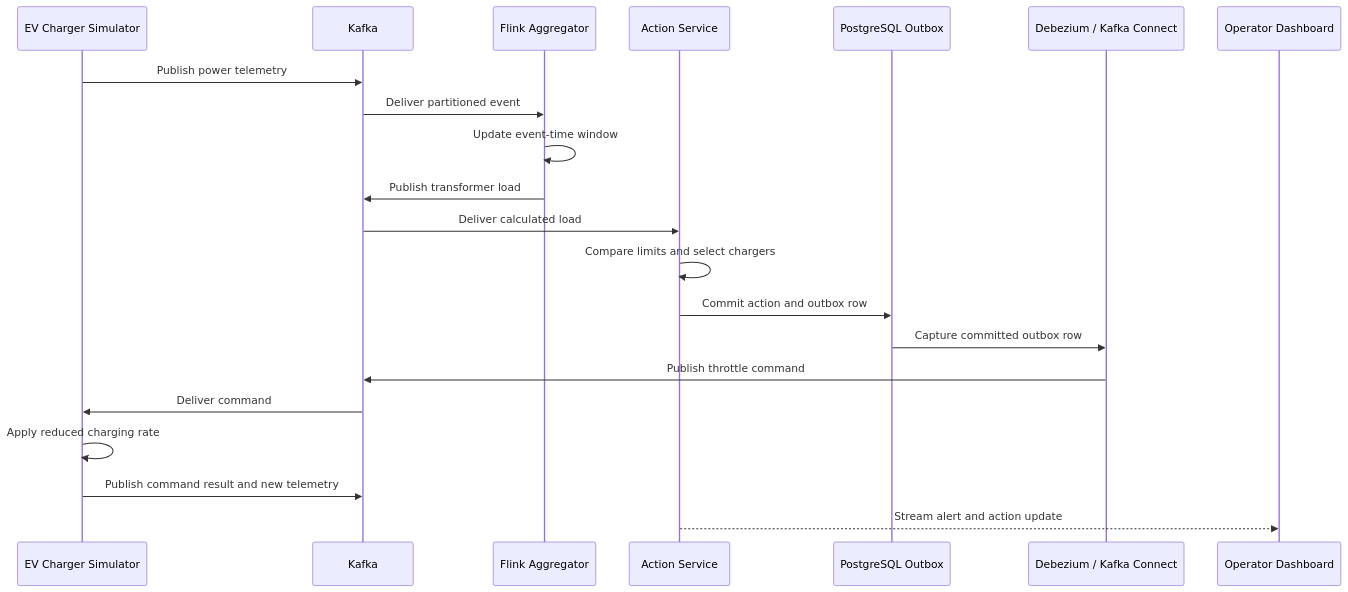
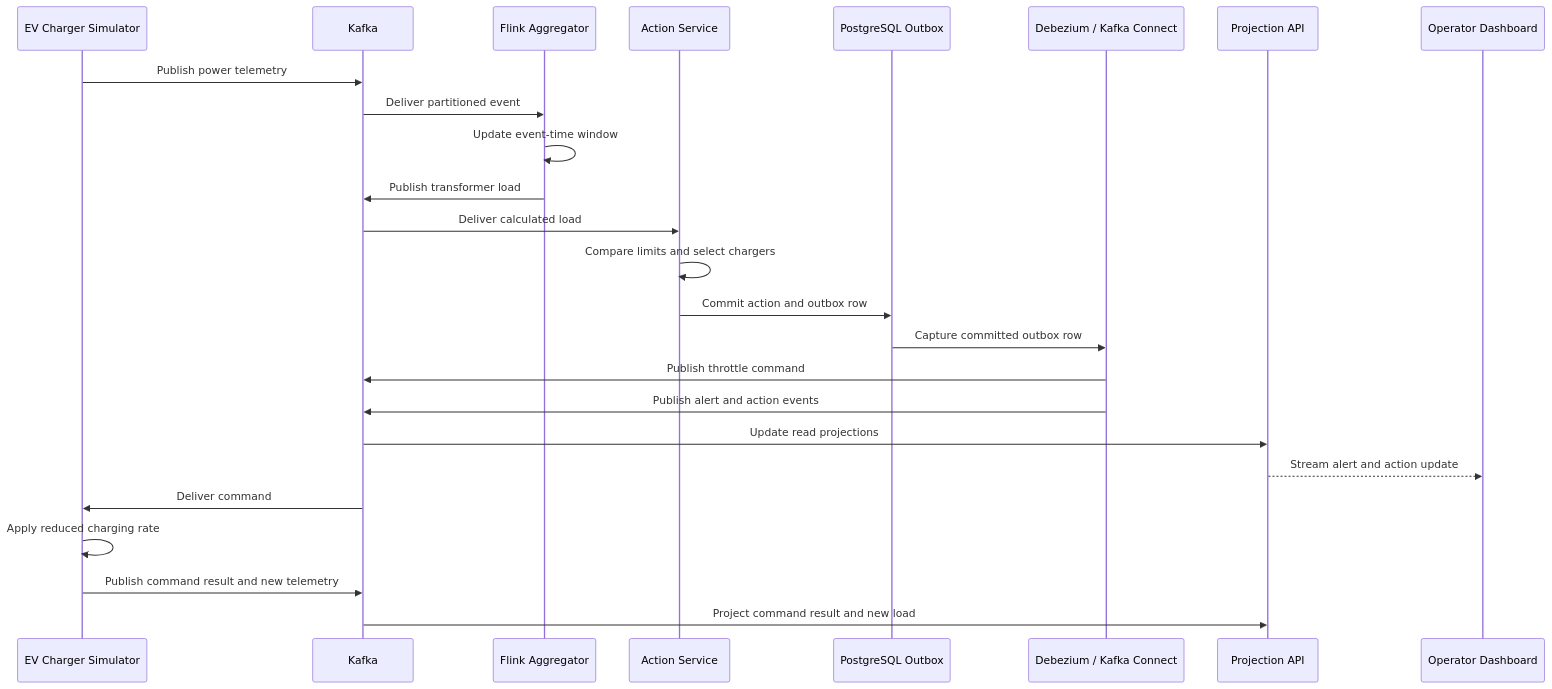
Before and after one commit to snkprdhn/CMPE-273-Group-10-Project: the second of 3 diagrams in README.md, drawn with Mermaid. The commit also changed other lines of this file and 35 other files, not shown here.

````diff
--- a/README.md
+++ b/README.md
@@ -151,24 +152,28 @@
 ```mermaid
 sequenceDiagram
     participant Device as EV Charger Simulator
     participant Kafka as Kafka
     participant Flink as Flink Aggregator
     participant Action as Action Service
     participant DB as PostgreSQL Outbox
     participant CDC as Debezium / Kafka Connect
+    participant API as Projection API
     participant UI as Operator Dashboard
 
     Device->>Kafka: Publish power telemetry
     Kafka->>Flink: Deliver partitioned event
     Flink->>Flink: Update event-time window
     Flink->>Kafka: Publish transformer load
     Kafka->>Action: Deliver calculated load
     Action->>Action: Compare limits and select chargers
     Action->>DB: Commit action and outbox row
     DB->>CDC: Capture committed outbox row
     CDC->>Kafka: Publish throttle command
+    CDC->>Kafka: Publish alert and action events
+    Kafka->>API: Update read projections
+    API-->>UI: Stream alert and action update
     Kafka->>Device: Deliver command
     Device->>Device: Apply reduced charging rate
     Device->>Kafka: Publish command result and new telemetry
-    Action-->>UI: Stream alert and action update
+    Kafka->>API: Project command result and new load
 ```
````
